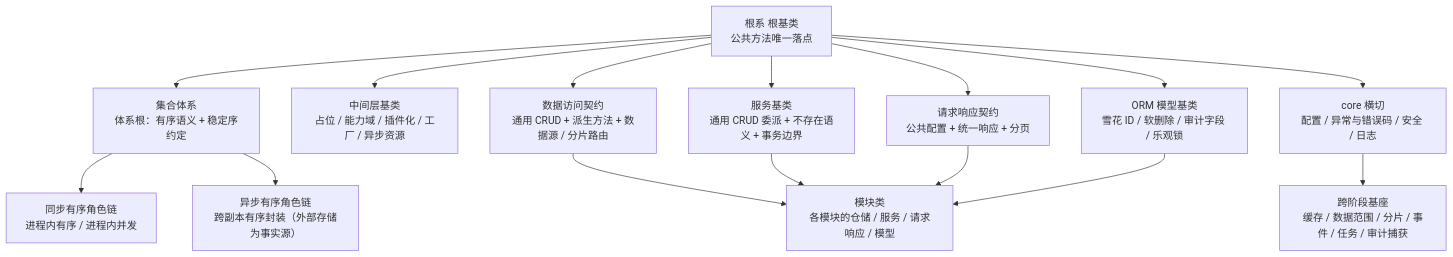
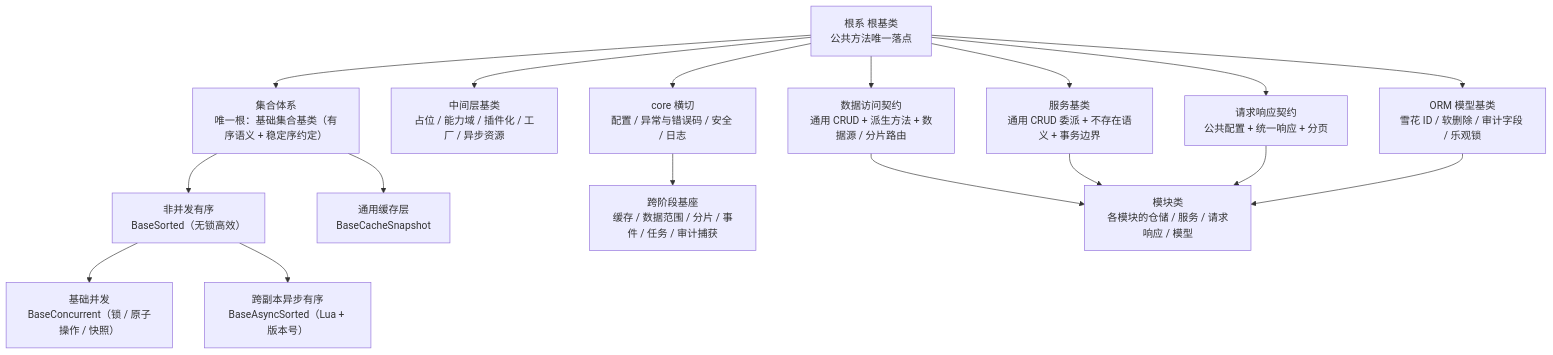
One commit to minjian123/basic-management-system changed the diagram in bms文档/设计/架构设计/04_架构设计_后端基础类体系.md. Above: the diagram before and after it, drawn with Mermaid. The commit also changed other lines of this file and 29 other files, not shown here.

````diff
--- a/bms文档/设计/架构设计/04_架构设计_后端基础类体系.md
+++ b/bms文档/设计/架构设计/04_架构设计_后端基础类体系.md
@@ -38,29 +38,33 @@
 ```mermaid
 flowchart TD
     根系["根系 根基类<br/>公共方法唯一落点"]
-    COL["集合体系<br/>体系根：有序语义 + 稳定序约定"]
-    CONC["同步有序角色链<br/>进程内有序 / 进程内并发"]
-    REDIS["异步有序角色链<br/>跨副本有序封装（外部存储为事实源）"]
+    CROOT["集合体系<br/>唯一根：基础集合基类（有序语义 + 稳定序约定）"]
+    COL["非并发有序<br/>BaseSorted（无锁高效）"]
+    CONC["基础并发<br/>BaseConcurrent（锁 / 原子操作 / 快照）"]
+    REDIS["跨副本异步有序<br/>BaseAsyncSorted（Lua + 版本号）"]
+    SNAP["通用缓存层<br/>BaseCacheSnapshot"]
     MID["中间层基类<br/>占位 / 能力域 / 插件化 / 工厂 / 异步资源"]
     REPO["数据访问契约<br/>通用 CRUD + 派生方法 + 数据源 / 分片路由"]
     SVC["服务基类<br/>通用 CRUD 委派 + 不存在语义 + 事务边界"]
     SCH["请求响应契约<br/>公共配置 + 统一响应 + 分页"]
     ORM["ORM 模型基类<br/>雪花 ID / 软删除 / 审计字段 / 乐观锁"]
     CORE["core 横切<br/>配置 / 异常与错误码 / 安全 / 日志"]
     CROSS["跨阶段基座<br/>缓存 / 数据范围 / 分片 / 事件 / 任务 / 审计捕获"]
     MOD["模块类<br/>各模块的仓储 / 服务 / 请求响应 / 模型"]
-    根系 --> COL
+    根系 --> CROOT
+    CROOT --> COL
     COL --> CONC
     COL --> REDIS
+    CROOT --> SNAP
     根系 --> MID
     根系 --> REPO
     根系 --> SVC
     根系 --> SCH
     根系 --> ORM
     根系 --> CORE
     CORE --> CROSS
     REPO --> MOD
     SVC --> MOD
     SCH --> MOD
     ORM --> MOD
 ```
````
